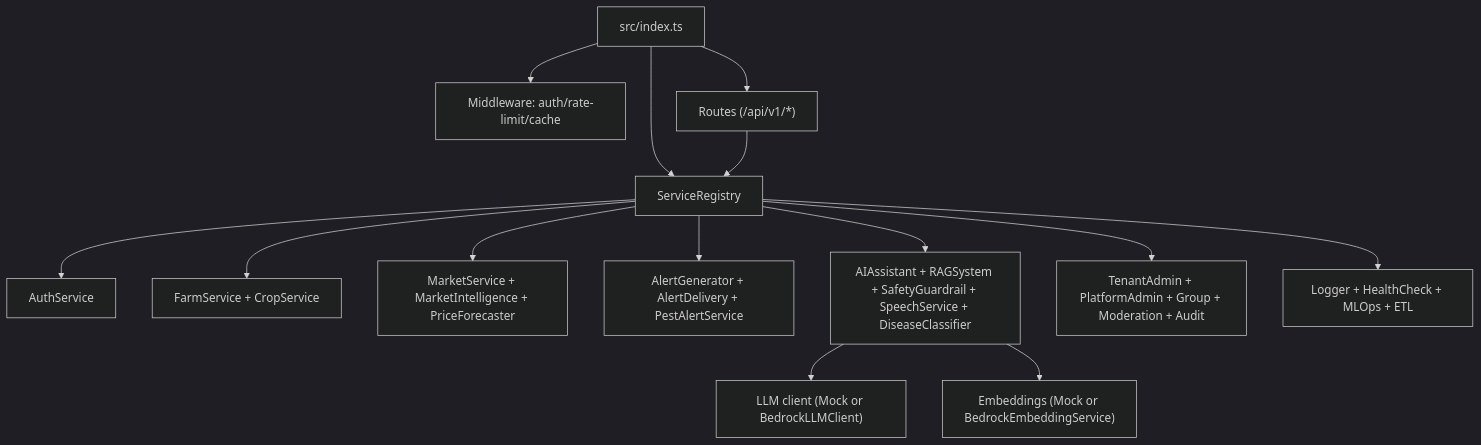
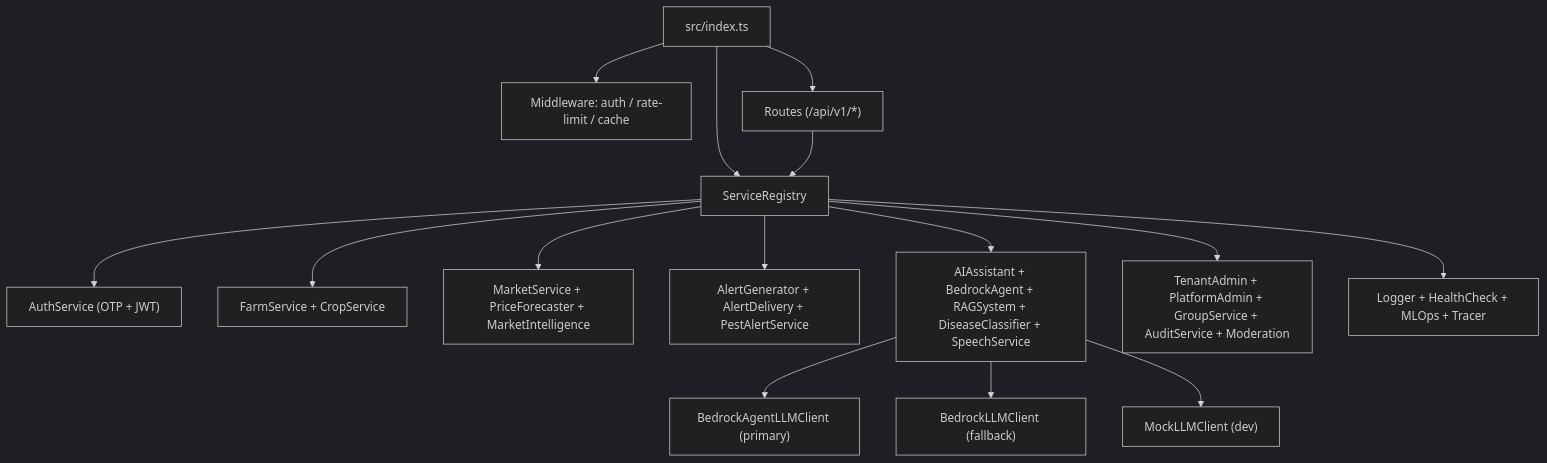
The second of 2 diagrams in README.md (Notysoty/KrishiMitra-AI), drawn with Mermaid (dark theme) before and after one commit. The commit also changed other lines of this file and 9 other files, not shown here.

````diff
--- a/README.md
+++ b/README.md
@@ -37,18 +150,19 @@
 ```mermaid
 flowchart TD
   IDX["src/index.ts"] --> REG["ServiceRegistry"]
-  IDX --> MW["Middleware: auth/rate-limit/cache"]
+  IDX --> MW["Middleware: auth / rate-limit / cache"]
   IDX --> RT["Routes (/api/v1/*)"]
 
-  REG --> AUTH["AuthService"]
+  REG --> AUTH["AuthService (OTP + JWT)"]
   REG --> FARM["FarmService + CropService"]
-  REG --> MARKET["MarketService + MarketIntelligence + PriceForecaster"]
+  REG --> MARKET["MarketService + PriceForecaster + MarketIntelligence"]
   REG --> ALERT["AlertGenerator + AlertDelivery + PestAlertService"]
-  REG --> AI["AIAssistant + RAGSystem + SafetyGuardrail + SpeechService + DiseaseClassifier"]
-  REG --> ADMIN["TenantAdmin + PlatformAdmin + Group + Moderation + Audit"]
-  REG --> OBS["Logger + HealthCheck + MLOps + ETL"]
+  REG --> AI["AIAssistant + BedrockAgent + RAGSystem + DiseaseClassifier + SpeechService"]
+  REG --> ADMIN["TenantAdmin + PlatformAdmin + GroupService + AuditService + Moderation"]
+  REG --> OBS["Logger + HealthCheck + MLOps + Tracer"]
 
-  AI --> MLLM["LLM client (Mock or BedrockLLMClient)"]
-  AI --> EMB["Embeddings (Mock or BedrockEmbeddingService)"]
+  AI --> AGENT["BedrockAgentLLMClient (primary)"]
+  AI --> LLM["BedrockLLMClient (fallback)"]
+  AI --> MOCK["MockLLMClient (dev)"]
   RT --> REG
 ```
````
